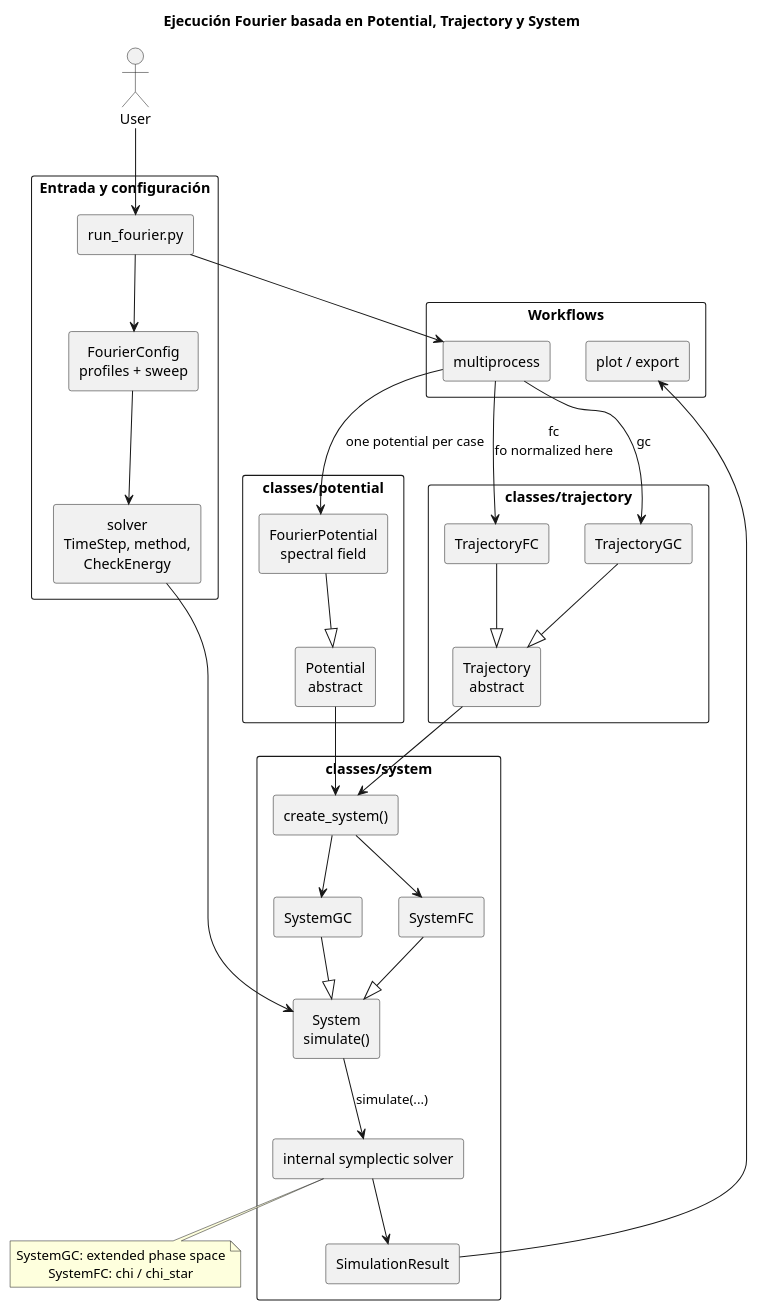
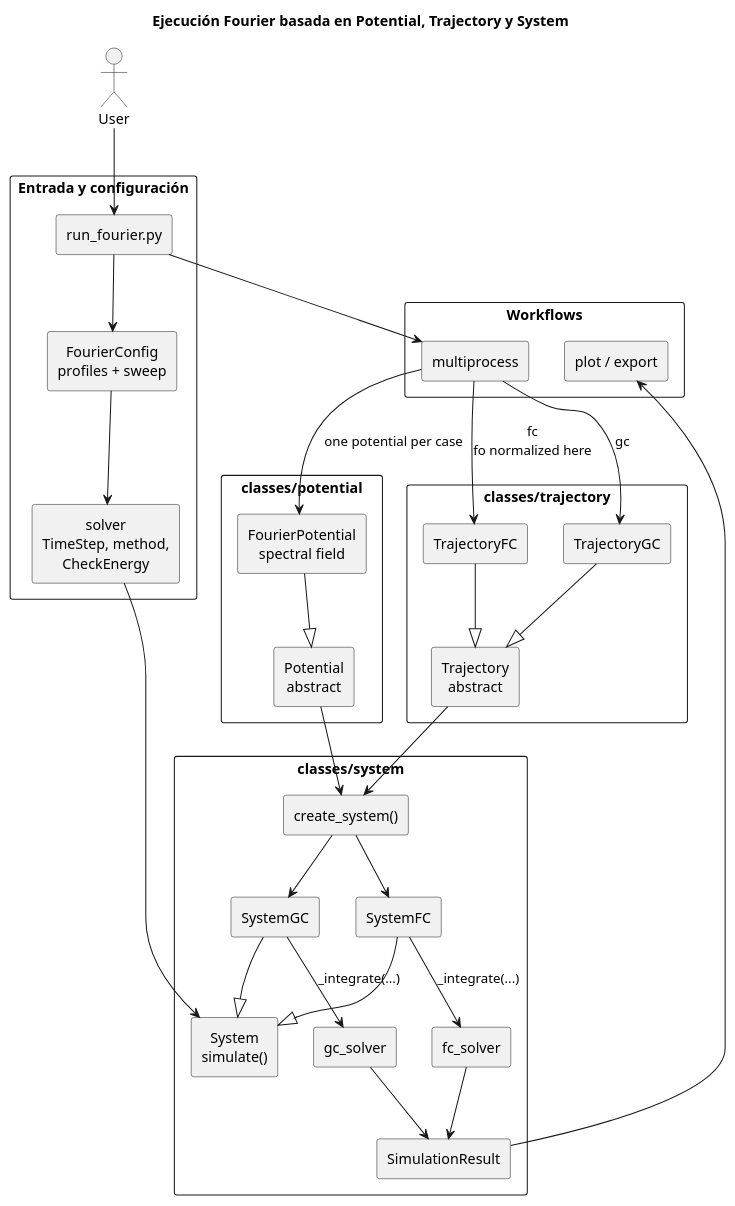
The diagram in docs/fourier_execution/flow.puml (Jugibe-52/GC2D_intranet), drawn with PlantUML before and after one commit. The commit also changed 35 other files, not shown here.

```diff
--- a/docs/fourier_execution/flow.puml
+++ b/docs/fourier_execution/flow.puml
@@ -1,68 +1,66 @@
 @startuml Fourier_execution_flow
 title Ejecución Fourier basada en Potential, Trajectory y System
 
 skinparam componentStyle rectangle
 skinparam shadowing false
 skinparam packageStyle rectangle
 skinparam defaultTextAlignment center
 
 actor User
 
 package "Entrada y configuración" {
   component "run_fourier.py" as cli
   component "FourierConfig\nprofiles + sweep" as config
   component "solver\nTimeStep, method,\nCheckEnergy" as solver_config
 }
 
 package "classes/potential" {
   component "Potential\nabstract" as potential
   component "FourierPotential\nspectral field" as fourier
 }
 
 package "classes/trajectory" {
   component "Trajectory\nabstract" as trajectory
   component "TrajectoryGC" as gc_trajectory
   component "TrajectoryFC" as fc_trajectory
 }
 
 package "classes/system" {
   component "create_system()" as factory
   component "System\nsimulate()" as system
   component "SystemGC" as gc_system
   component "SystemFC" as fc_system
-  component "internal symplectic solver" as solver
+  component "gc_solver" as gc_solver
+  component "fc_solver" as fc_solver
   component "SimulationResult" as result
 }
 
 package "Workflows" {
   component "plot / export" as output
   component "multiprocess" as batch
 }
 
 User --> cli
 cli --> config
 config --> solver_config
 cli --> batch
 batch --> fourier : one potential per case
 fourier --|> potential
 batch --> gc_trajectory : gc
 batch --> fc_trajectory : fc\nfo normalized here
 gc_trajectory --|> trajectory
 fc_trajectory --|> trajectory
 potential --> factory
 trajectory --> factory
 factory --> gc_system
 factory --> fc_system
 gc_system --|> system
 fc_system --|> system
 solver_config --> system
-system --> solver : simulate(...)
-solver --> result
+gc_system --> gc_solver : _integrate(...)
+fc_system --> fc_solver : _integrate(...)
+gc_solver --> result
+fc_solver --> result
 result --> output
 
-note bottom of solver
-  SystemGC: extended phase space
-  SystemFC: chi / chi_star
-end note
-
 @enduml
```
